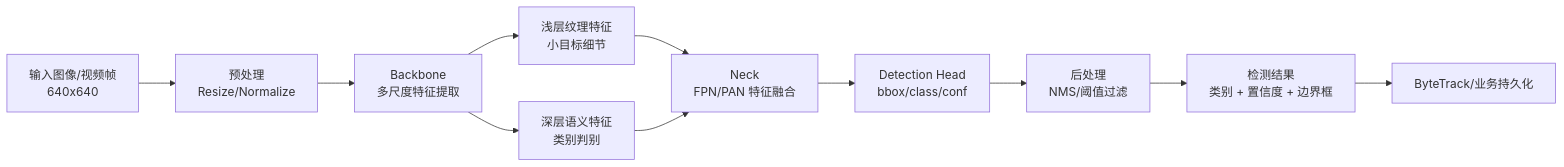
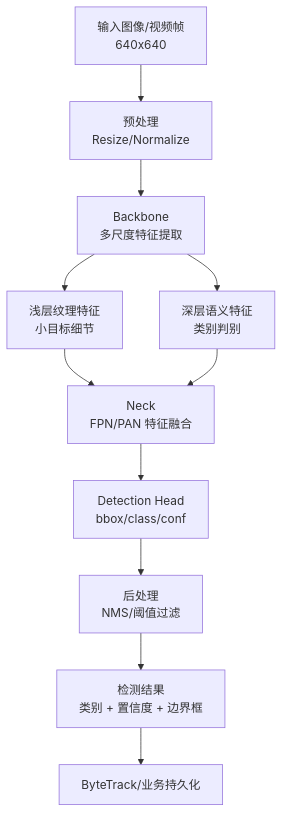
One commit to xez014/yolo-smarthome changed the first of 17 diagrams in docs/毕业论文初稿.md. Above: the diagram before and after it, drawn with Mermaid. The commit also changed other lines of this file and 1 other file, not shown here.

````diff
--- a/docs/毕业论文初稿.md
+++ b/docs/毕业论文初稿.md
@@ -64,13 +64,13 @@
 ```mermaid
-flowchart LR
+flowchart TB
     A[输入图像/视频帧<br/>640x640] --> B[预处理<br/>Resize/Normalize]
     B --> C[Backbone<br/>多尺度特征提取]
     C --> C1[浅层纹理特征<br/>小目标细节]
     C --> C2[深层语义特征<br/>类别判别]
     C1 --> D[Neck<br/>FPN/PAN 特征融合]
     C2 --> D
     D --> E[Detection Head<br/>bbox/class/conf]
     E --> F[后处理<br/>NMS/阈值过滤]
     F --> G[检测结果<br/>类别 + 置信度 + 边界框]
     G --> H[ByteTrack/业务持久化]
 ```
````
